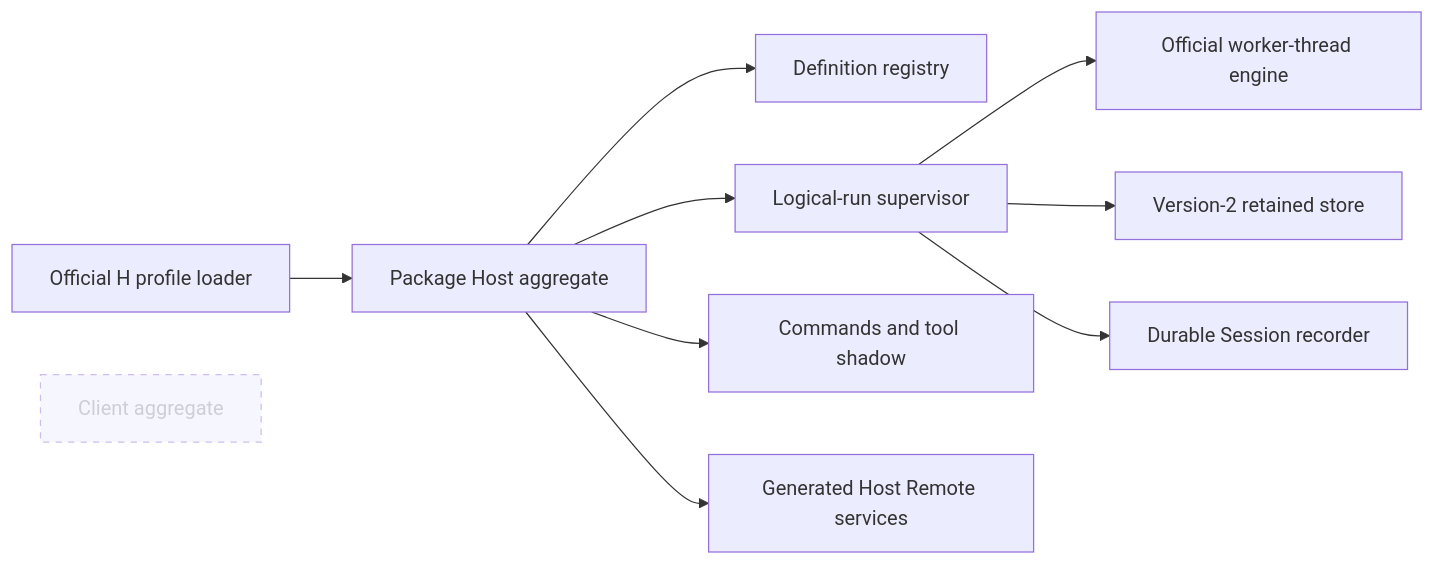
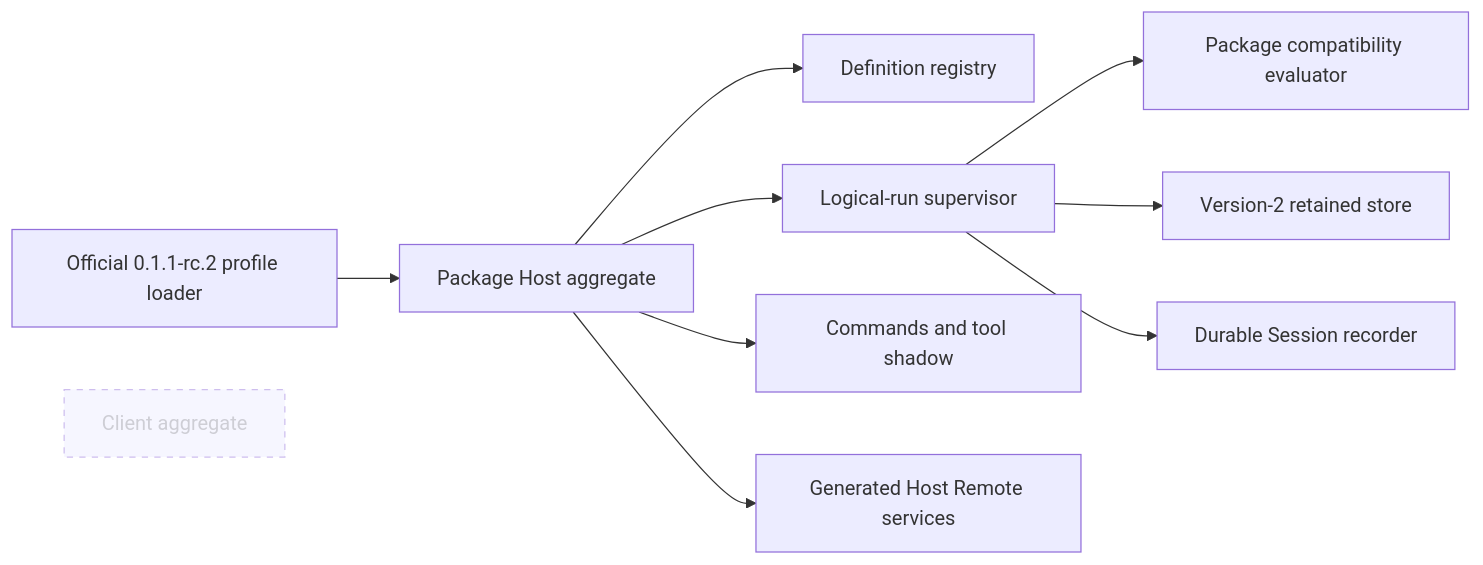
The second of 2 diagrams in docs/architecture.md (zaalipro/dsh-workflows), drawn with Mermaid before and after one commit. The commit also changed other lines of this file and 178 other files, not shown here.

````diff
--- a/docs/architecture.md
+++ b/docs/architecture.md
@@ -64,13 +64,13 @@
 ```mermaid
 flowchart LR
-  Loader[Official H profile loader] --> Host[Package Host aggregate]
+  Loader[Official 0.1.1-rc.2 profile loader] --> Host[Package Host aggregate]
   Host --> Registry[Definition registry]
   Host --> Supervisor[Logical-run supervisor]
   Host --> Commands[Commands and tool shadow]
-  Supervisor --> Engine[Official worker-thread engine]
+  Supervisor --> Engine[Package compatibility evaluator]
   Supervisor --> Store[Version-2 retained store]
   Supervisor --> Recorder[Durable Session recorder]
   Host --> Remote[Generated Host Remote services]
   Browser[Client aggregate]:::absent
   classDef absent stroke-dasharray: 5 5,opacity:0.45
 ```
````
